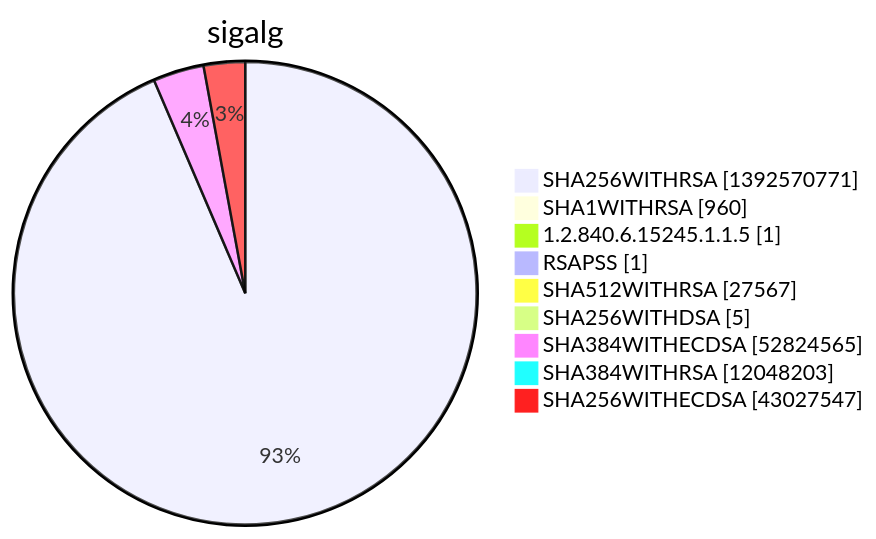
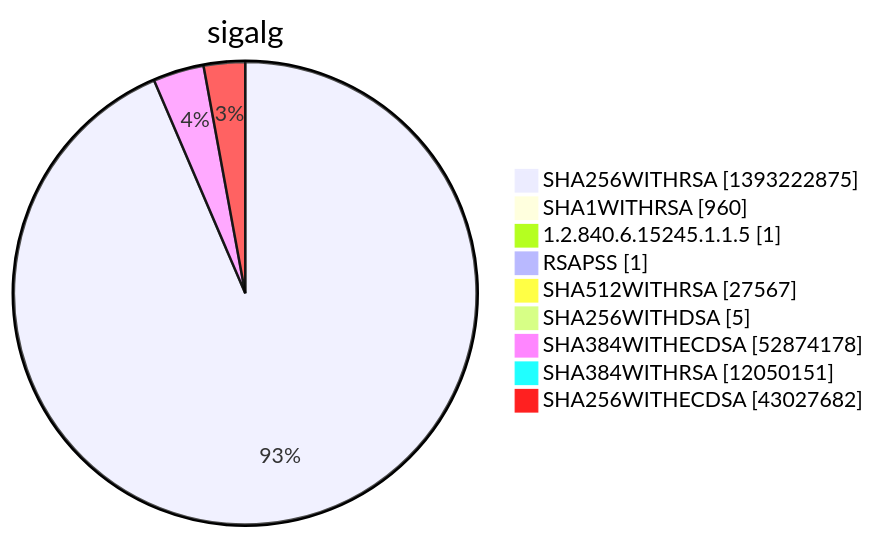
Before and after one commit to christiankrug/ctmonitor_visualization: diagram 15 of 15 in argon2022/README.md, drawn with Mermaid. The commit also changed other lines of this file, not shown here.

````diff
--- a/argon2022/README.md
+++ b/argon2022/README.md
@@ -5524,13 +5524,13 @@
 ```mermaid
 pie showData
 title sigalg
-"SHA256WITHRSA" :1392570771
+"SHA256WITHRSA" :1393222875
 "SHA1WITHRSA" :960
 "1.2.840.6.15245.1.1.5" :1
 "RSAPSS" :1
 "SHA512WITHRSA" :27567
 "SHA256WITHDSA" :5
-"SHA384WITHECDSA" :52824565
-"SHA384WITHRSA" :12048203
-"SHA256WITHECDSA" :43027547
+"SHA384WITHECDSA" :52874178
+"SHA384WITHRSA" :12050151
+"SHA256WITHECDSA" :43027682
 ```
````
